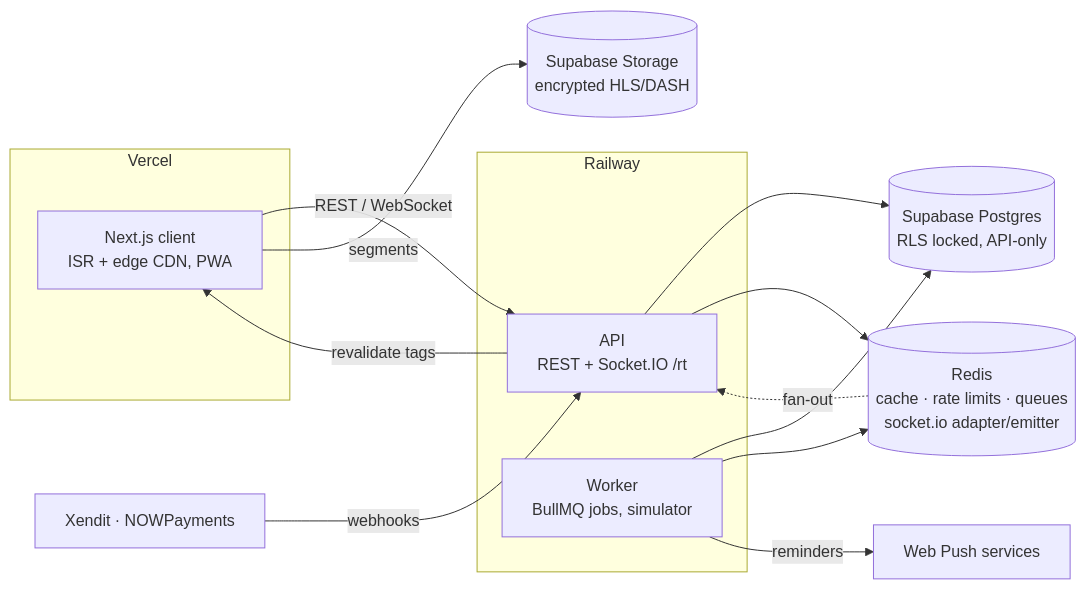
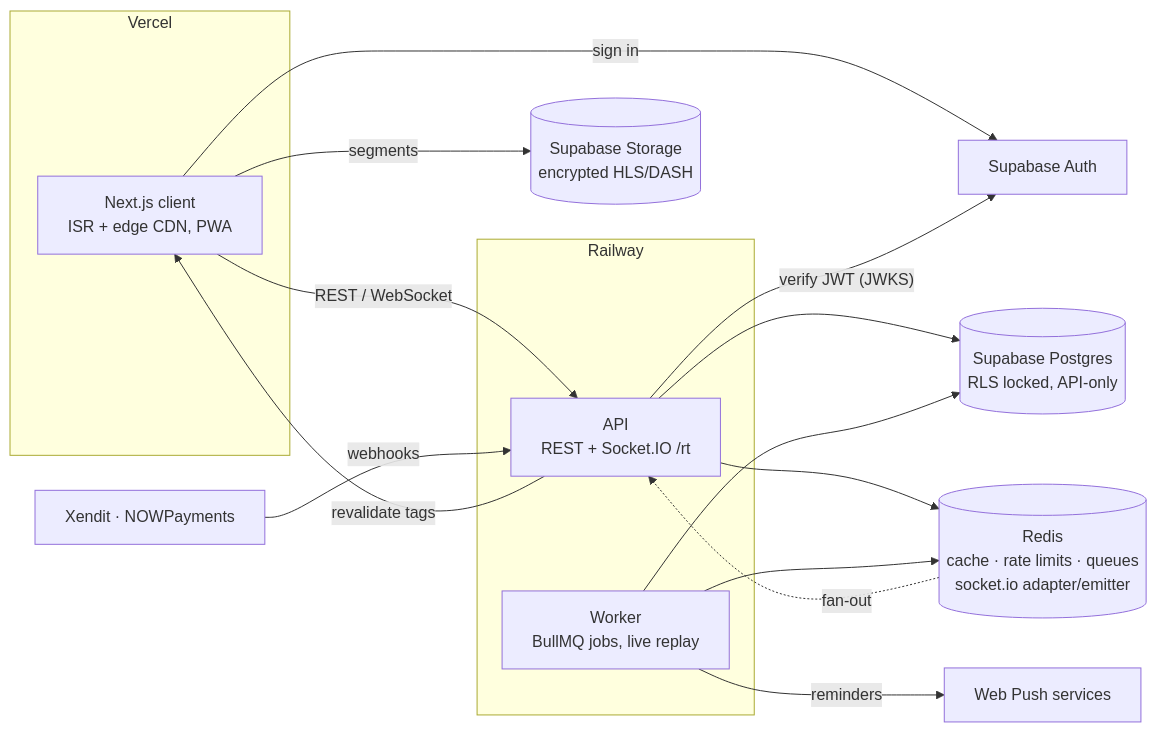
Before and after one commit to aangwijaya/thumbz-server: the first of 4 diagrams in README.md, drawn with Mermaid. The commit also changed other lines of this file, not shown here.

````diff
--- a/README.md
+++ b/README.md
@@ -16,26 +34,29 @@
 ```mermaid
 flowchart LR
   subgraph Vercel
     web[Next.js client<br/>ISR + edge CDN, PWA]
   end
   subgraph Railway
     api[API<br/>REST + Socket.IO /rt]
-    worker[Worker<br/>BullMQ jobs, simulator]
+    worker[Worker<br/>BullMQ jobs, live replay]
   end
   redis[(Redis<br/>cache · rate limits · queues<br/>socket.io adapter/emitter)]
   pg[(Supabase Postgres<br/>RLS locked, API-only)]
   storage[(Supabase Storage<br/>encrypted HLS/DASH)]
+  auth[Supabase Auth]
   pay[Xendit · NOWPayments]
   push[Web Push services]
 
   web -- REST / WebSocket --> api
+  web -- sign in --> auth
+  api -- verify JWT (JWKS) --> auth
   api --> pg
   api --> redis
   worker --> pg
   worker --> redis
   redis -. fan-out .-> api
   pay -- webhooks --> api
   api -- revalidate tags --> web
   worker -- reminders --> push
   web -- segments --> storage
 ```
````
